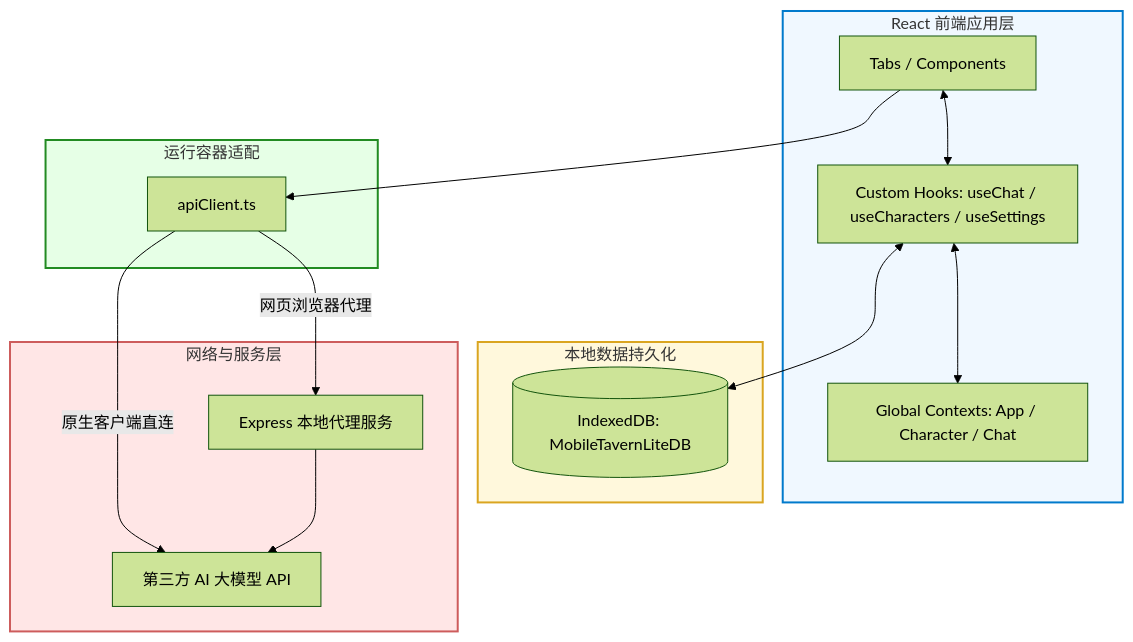
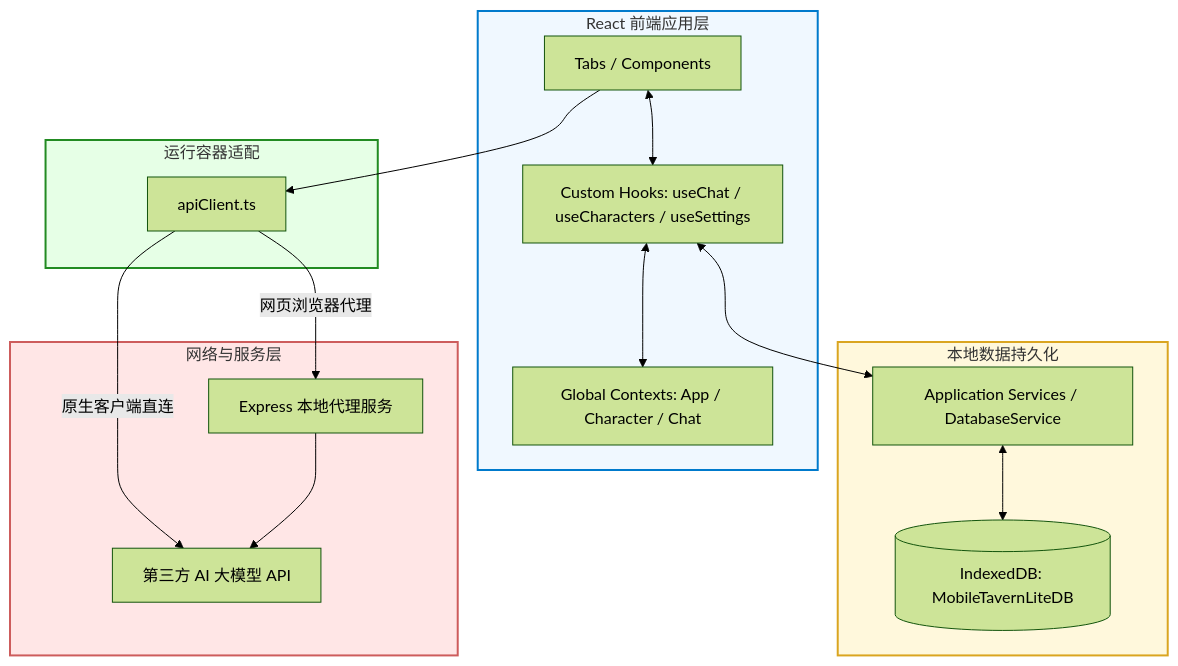
The third of 7 diagrams in TECHNICAL.md (zhengjie1399677/Mobile-Tavern), drawn with Mermaid (forest theme) before and after one commit. The commit also changed other lines of this file and 39 other files, not shown here.

````diff
--- a/TECHNICAL.md
+++ b/TECHNICAL.md
@@ -372,26 +372,27 @@
 ```mermaid
 graph TB
     subgraph Frontend ["React 前端应用层"]
         UI["Tabs / Components"] <--> Hooks["Custom Hooks: useChat / useCharacters / useSettings"]
         Hooks <--> Contexts["Global Contexts: App / Character / Chat"]
     end
 
     subgraph Storage ["本地数据持久化"]
-        Hooks <--> DB[("IndexedDB: MobileTavernLiteDB")]
+        Services["Application Services / DatabaseService"] <--> DB[("IndexedDB: MobileTavernLiteDB")]
     end
+    Hooks <--> Services
 
     subgraph Client ["运行容器适配"]
         UI --> API_Client["apiClient.ts"]
     end
 
     subgraph Network ["网络与服务层"]
         API_Client -->|"原生客户端直连"| Remote_LLM["第三方 AI 大模型 API"]
         API_Client -->|"网页浏览器代理"| Express_Proxy["Express 本地代理服务"]
         Express_Proxy --> Remote_LLM
     end
 
     style Frontend fill:#f0f8ff,stroke:#007acc,stroke-width:2px
     style Storage fill:#fff8dc,stroke:#daa520,stroke-width:2px
     style Client fill:#e6ffe6,stroke:#228b22,stroke-width:2px
     style Network fill:#ffe6e6,stroke:#cd5c5c,stroke-width:2px
 ```
````
